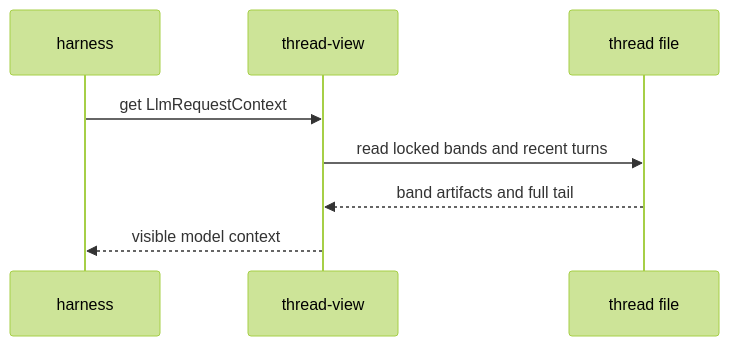
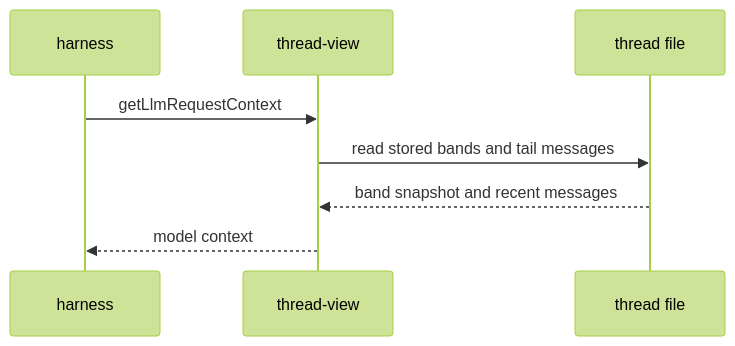
Before and after one commit to liminal-ai/long-horizon-context: the tenth of 11 diagrams in docs/onboard/02-domain-design.md, drawn with Mermaid (forest theme). The commit also changed other lines of this file and 1 other file, not shown here.

````diff
--- a/docs/onboard/02-domain-design.md
+++ b/docs/onboard/02-domain-design.md
@@ -349,10 +365,10 @@
 ```mermaid
 sequenceDiagram
   participant H as harness
   participant V as thread-view
   participant F as thread file
-  H->>V: get LlmRequestContext
-  V->>F: read locked bands and recent turns
-  F-->>V: band artifacts and full tail
-  V-->>H: visible model context
+  H->>V: getLlmRequestContext
+  V->>F: read stored bands and tail messages
+  F-->>V: band snapshot and recent messages
+  V-->>H: model context
 ```
````
